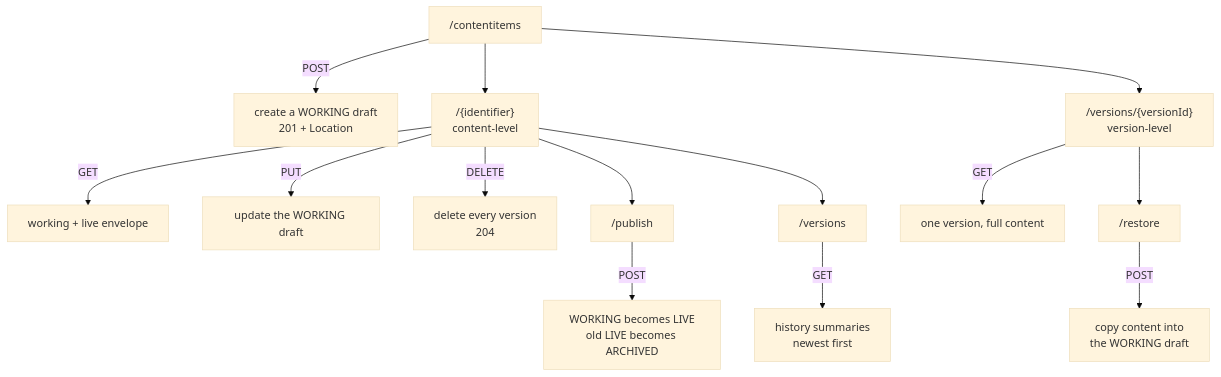
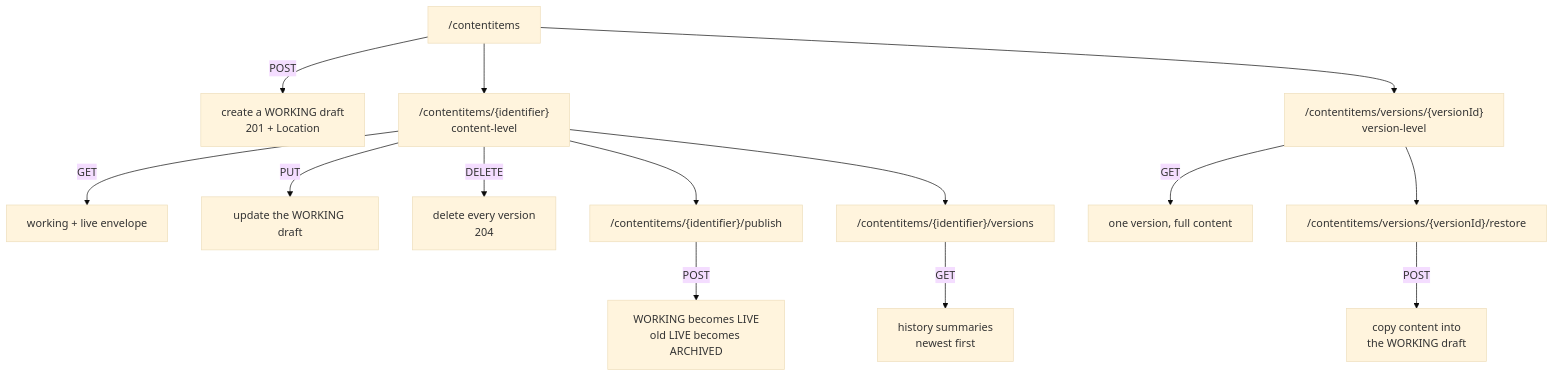
Before and after one commit to PaulDMooney/Contented_Java: the fifth of 7 diagrams in docs/content-model.md, drawn with Mermaid (base theme). The commit also changed other lines of this file and 1 other file, not shown here.

First line of the commit message:
docs: polish content-model.md (invariants, full paths, DTO usage) and mark roadmap item 5 in review

````diff
--- a/docs/content-model.md
+++ b/docs/content-model.md
@@ -170,20 +188,20 @@
 ```mermaid
 flowchart TD
     R["/contentitems"]
 
     R -->|POST| C["create a WORKING draft<br/>201 + Location"]
 
-    R --> ID["/{identifier}<br/>content-level"]
+    R --> ID["/contentitems/{identifier}<br/>content-level"]
     ID -->|GET| G["working + live envelope"]
     ID -->|PUT| U["update the WORKING draft"]
     ID -->|DELETE| D["delete every version<br/>204"]
-    ID --> PUB["/publish"]
+    ID --> PUB["/contentitems/{identifier}/publish"]
     PUB -->|POST| P["WORKING becomes LIVE<br/>old LIVE becomes ARCHIVED"]
-    ID --> VS["/versions"]
+    ID --> VS["/contentitems/{identifier}/versions"]
     VS -->|GET| L["history summaries<br/>newest first"]
 
-    R --> V["/versions/{versionId}<br/>version-level"]
+    R --> V["/contentitems/versions/{versionId}<br/>version-level"]
     V -->|GET| GV["one version, full content"]
-    V --> RS["/restore"]
+    V --> RS["/contentitems/versions/{versionId}/restore"]
     RS -->|POST| RSP["copy content into<br/>the WORKING draft"]
 ```
````
